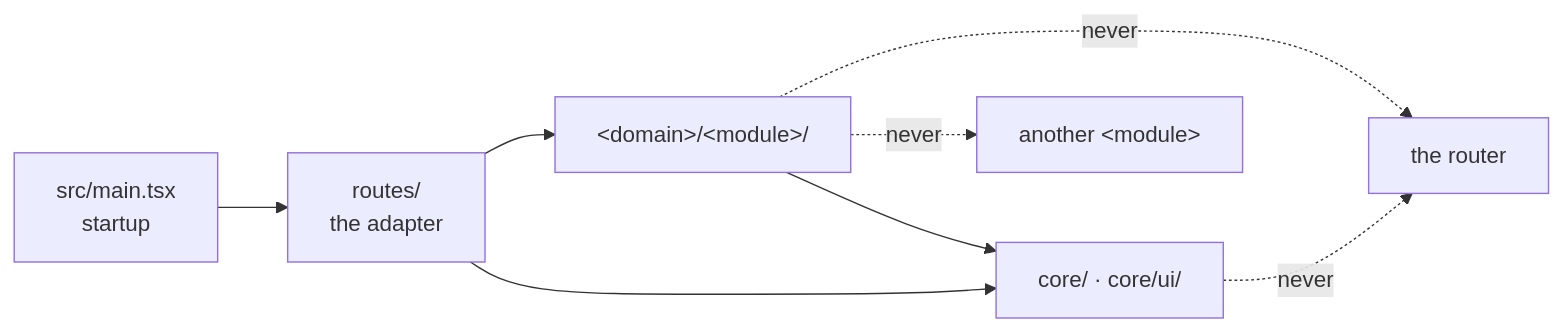
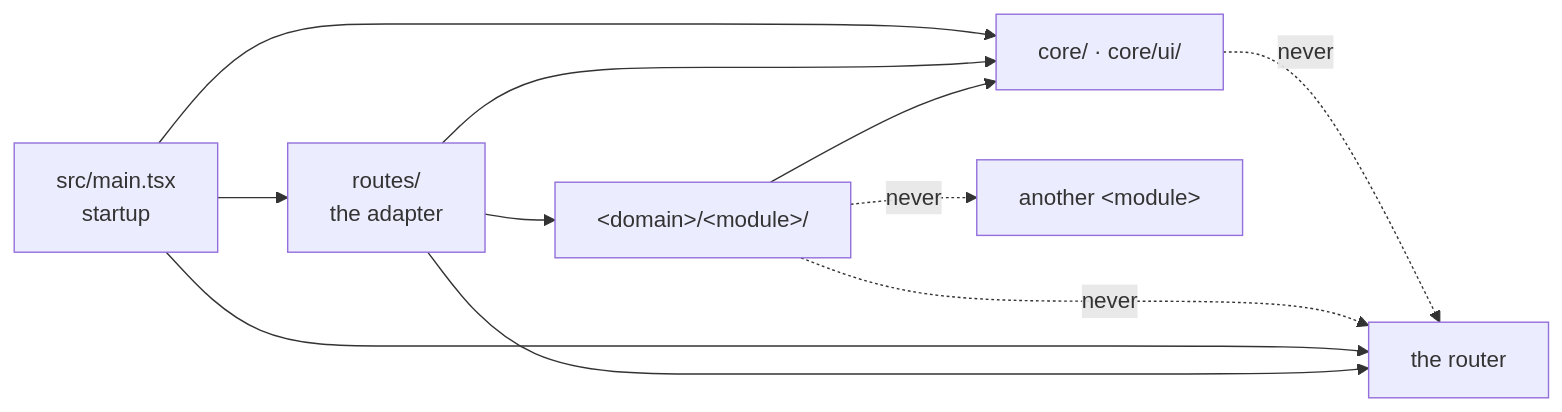
One commit to a6m1n/my-claude-best changed the diagram in docs/engineering/react/architecture/README.md. Above: the diagram before and after it, drawn with Mermaid. The commit also changed other lines of this file and 13 other files, not shown here.

````diff
--- a/docs/engineering/react/architecture/README.md
+++ b/docs/engineering/react/architecture/README.md
@@ -16,10 +16,13 @@
 ```mermaid
 flowchart LR
   S["src/main.tsx<br/>startup"] --> R["routes/<br/>the adapter"]
   R --> M["&lt;domain&gt;/&lt;module&gt;/"]
   M --> C["core/ · core/ui/"]
   R --> C
+  S --> C
+  R --> RT["the router"]
+  S --> RT
   M -. "never" .-> M2["another &lt;module&gt;"]
   M -. "never" .-> RT["the router"]
   C -. "never" .-> RT
 ```
````
